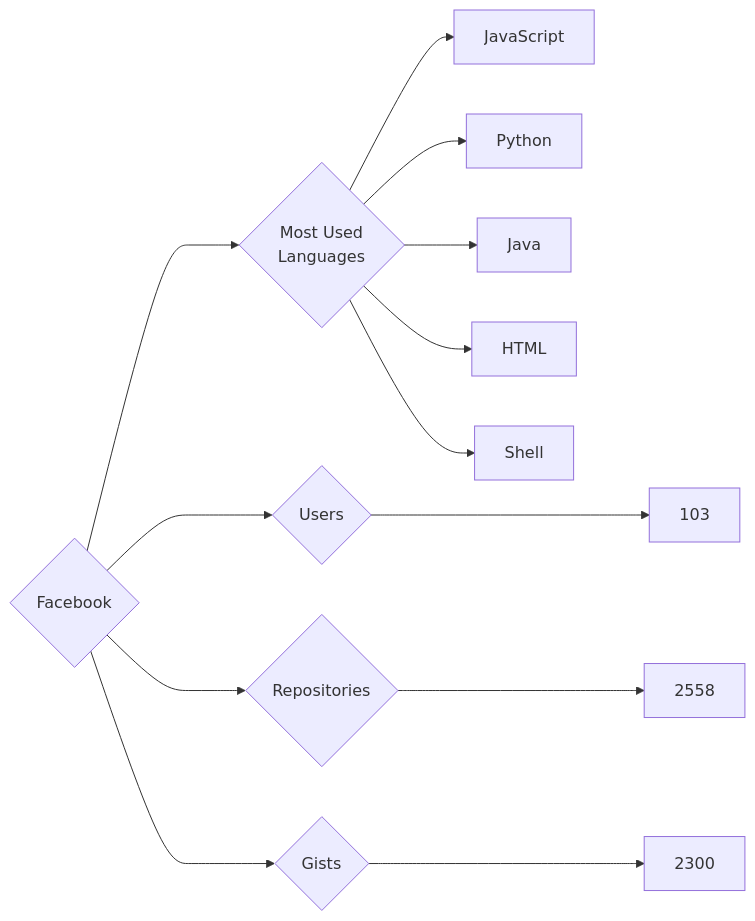
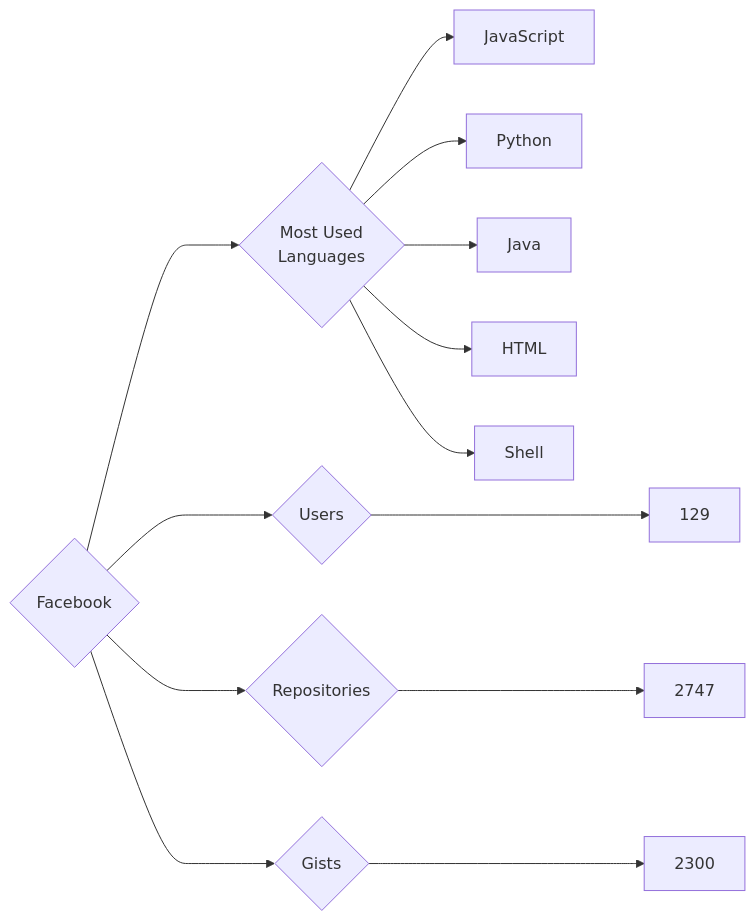
The diagram in targets/Facebook/README.md (trickest/insiders), drawn with Mermaid before and after one commit. The commit also changed 874 other files, not shown here.

````diff
--- a/targets/Facebook/README.md
+++ b/targets/Facebook/README.md
@@ -3,13 +3,13 @@
 ```mermaid
 graph LR
 COMPANY_NAME{Facebook}
-COMPANY_NAME ---> U{Users} ---> UN[103]
-COMPANY_NAME ---> R{Repositories} ---> RN[2558]
+COMPANY_NAME ---> U{Users} ---> UN[129]
+COMPANY_NAME ---> R{Repositories} ---> RN[2747]
 COMPANY_NAME ---> G{Gists} ---> GN[2300]
 COMPANY_NAME ---> ML{Most Used<br>Languages}
 ML --> JavaScript[JavaScript]
 ML --> Python[Python]
 ML --> Java[Java]
 ML --> HTML[HTML]
 ML --> Shell[Shell]
 ```
````
